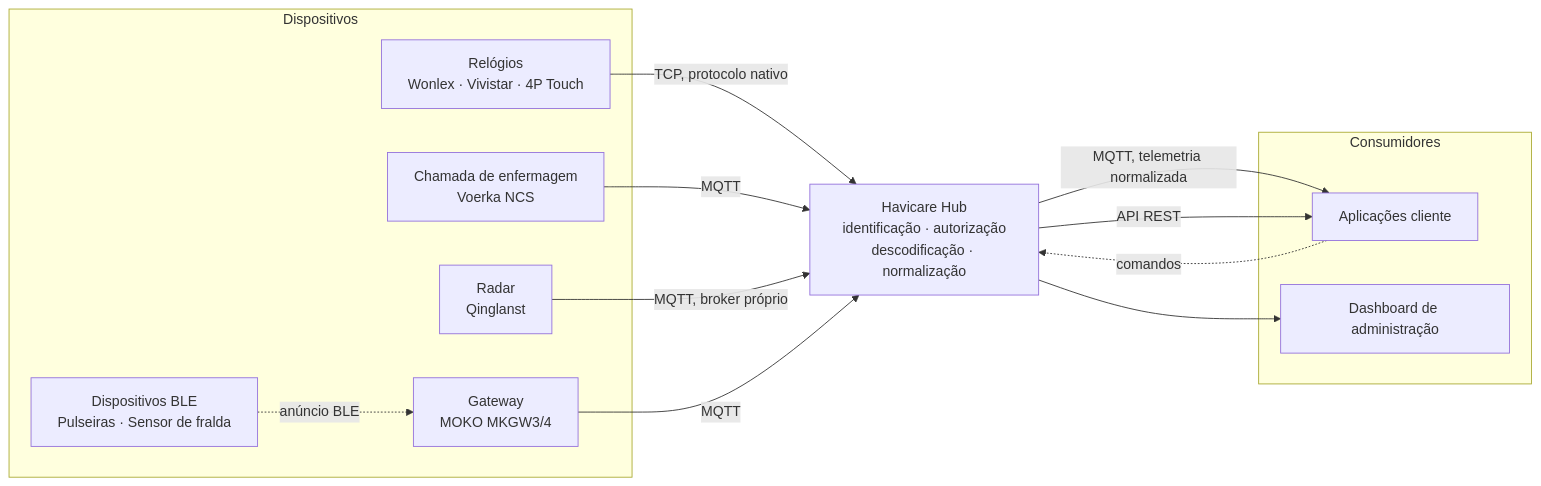
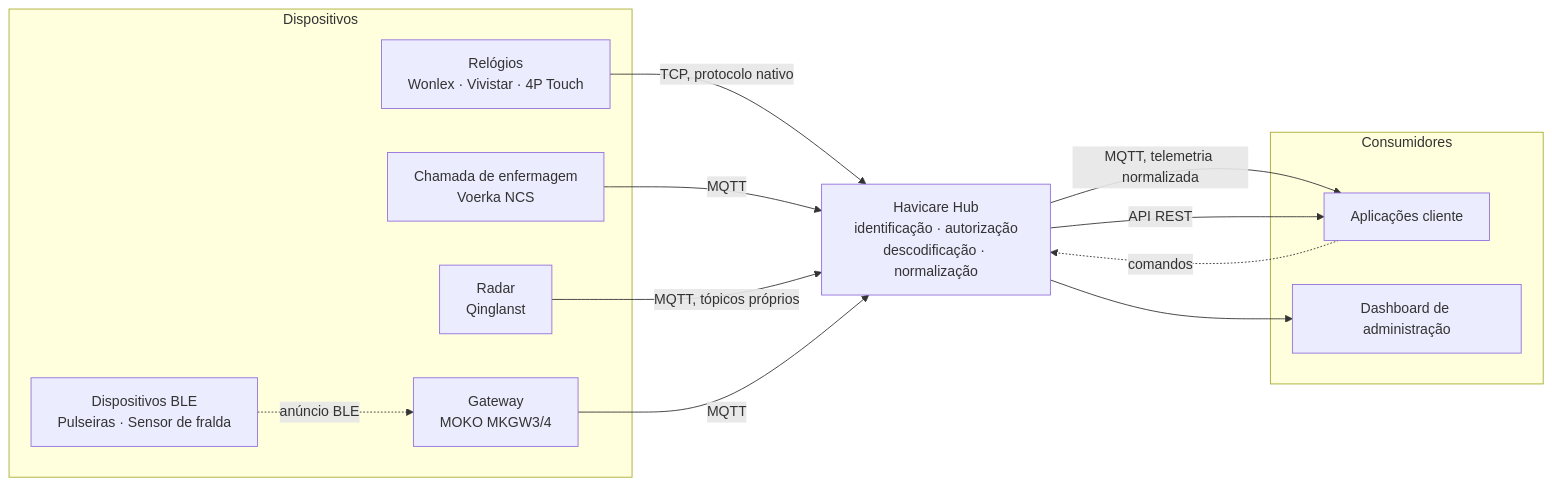
The diagram in README.md (hvieira512/havicare-hub), drawn with Mermaid before and after one commit. The commit also changed other lines of this file and 4 other files, not shown here.

First line of the commit message:
fix(mqtt): a sessão dos radares deixa de ser incapaz de acompanhar o TLS do hub

````diff
--- a/README.md
+++ b/README.md
@@ -46,28 +46,28 @@
 ```mermaid
 flowchart LR
   subgraph campo["Dispositivos"]
     W["Relógios<br/>Wonlex · Vivistar · 4P Touch"]
     N["Chamada de enfermagem<br/>Voerka NCS"]
     R["Radar<br/>Qinglanst"]
     B["Dispositivos BLE<br/>Pulseiras · Sensor de fralda"]
     G["Gateway<br/>MOKO MKGW3/4"]
   end
 
   HUB["Havicare Hub<br/>identificação · autorização<br/>descodificação · normalização"]
 
   subgraph consumo["Consumidores"]
     T["Aplicações cliente"]
     D["Dashboard de administração"]
   end
 
   W -->|TCP, protocolo nativo| HUB
   N -->|MQTT| HUB
-  R -->|MQTT, broker próprio| HUB
+  R -->|MQTT, tópicos próprios| HUB
   B -.->|anúncio BLE| G
   G -->|MQTT| HUB
 
   HUB -->|MQTT, telemetria normalizada| T
   HUB -->|API REST| T
   HUB --> D
   T -.->|comandos| HUB
 ```
````
